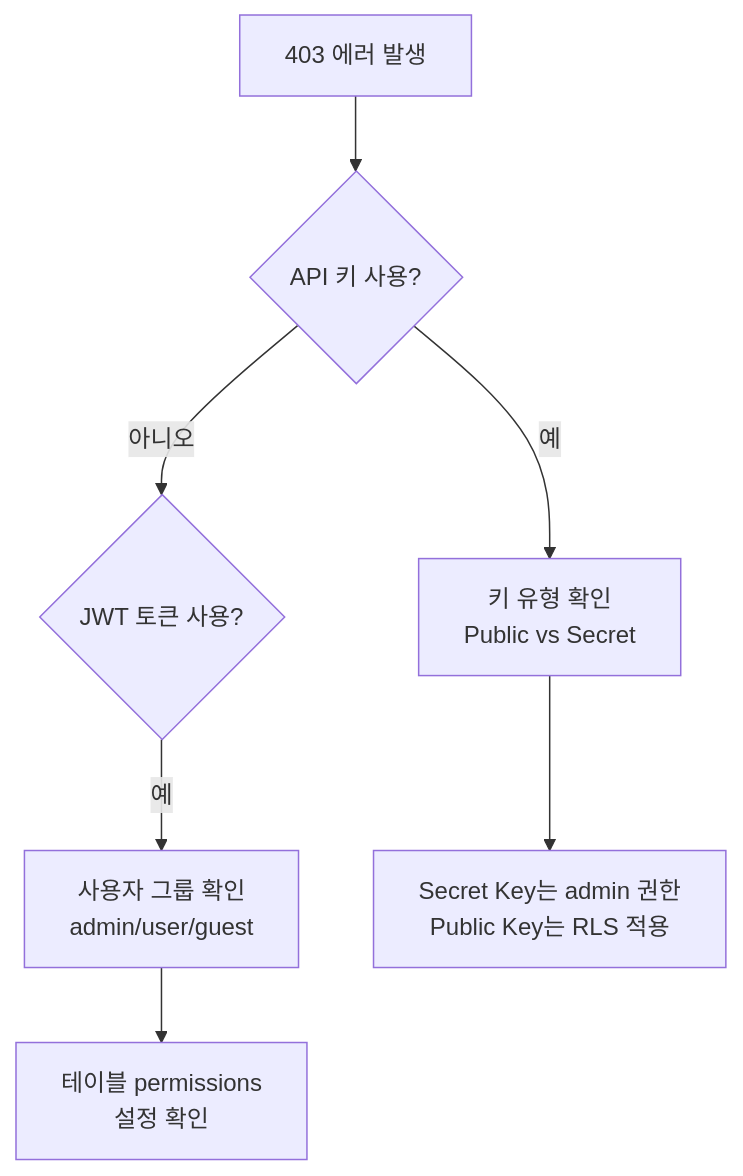
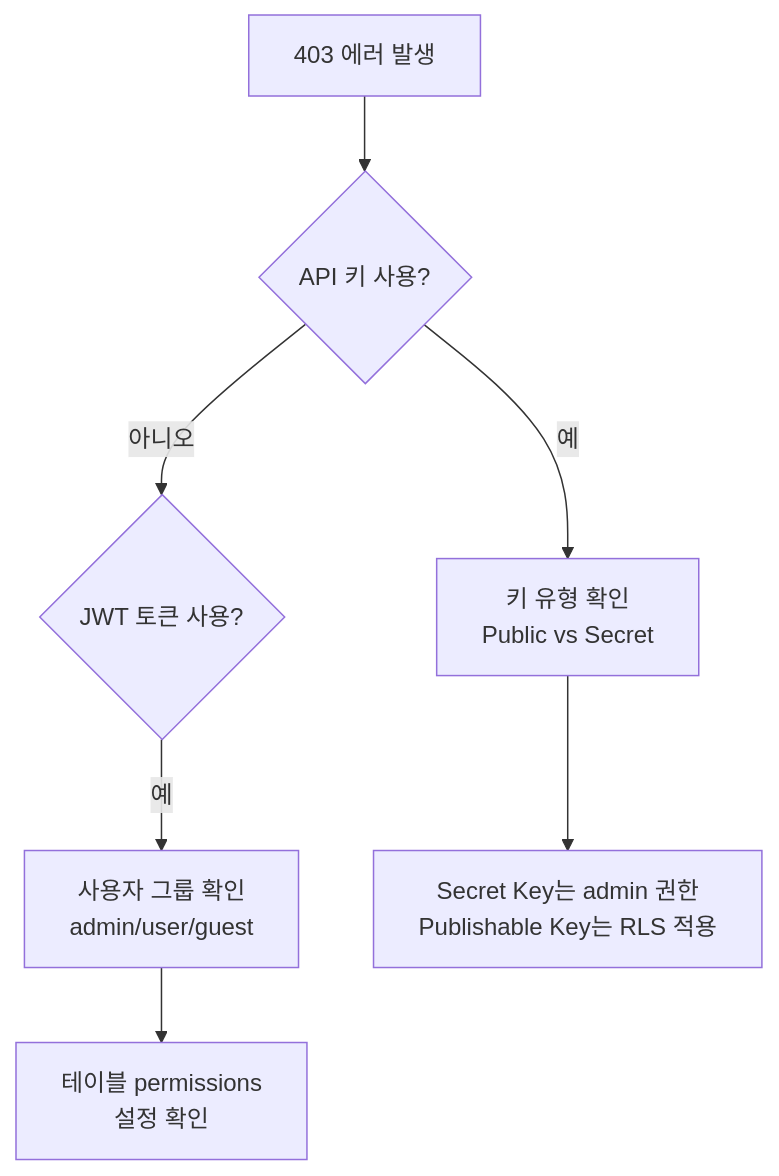
One commit to popup-studio-ai/bkend-docs changed the diagram in ko/troubleshooting/01-common-errors.md. Above: the diagram before and after it, drawn with Mermaid. The commit also changed other lines of this file and 365 other files, not shown here.

````diff
--- a/ko/troubleshooting/01-common-errors.md
+++ b/ko/troubleshooting/01-common-errors.md
@@ -97,9 +95,9 @@
 ```mermaid
 flowchart TD
     A[403 에러 발생] --> B{API 키 사용?}
     B -->|예| C[키 유형 확인<br/>Public vs Secret]
     B -->|아니오| D{JWT 토큰 사용?}
     D -->|예| E[사용자 그룹 확인<br/>admin/user/guest]
-    C --> F[Secret Key는 admin 권한<br/>Public Key는 RLS 적용]
+    C --> F[Secret Key는 admin 권한<br/>Publishable Key는 RLS 적용]
     E --> G[테이블 permissions<br/>설정 확인]
 ```
````
